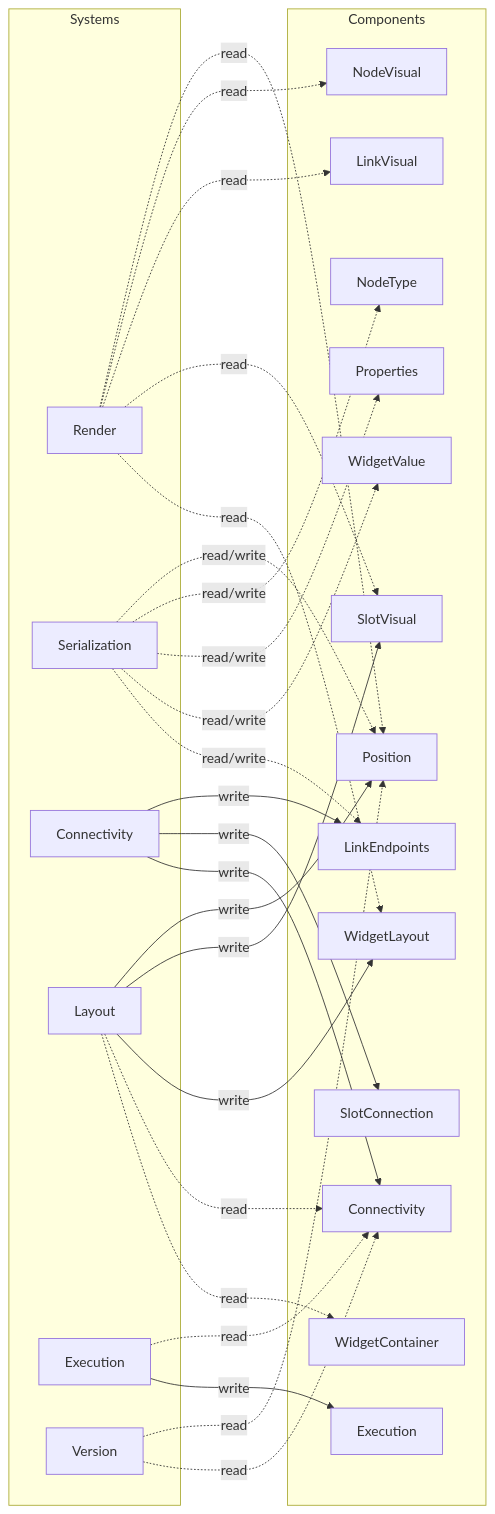
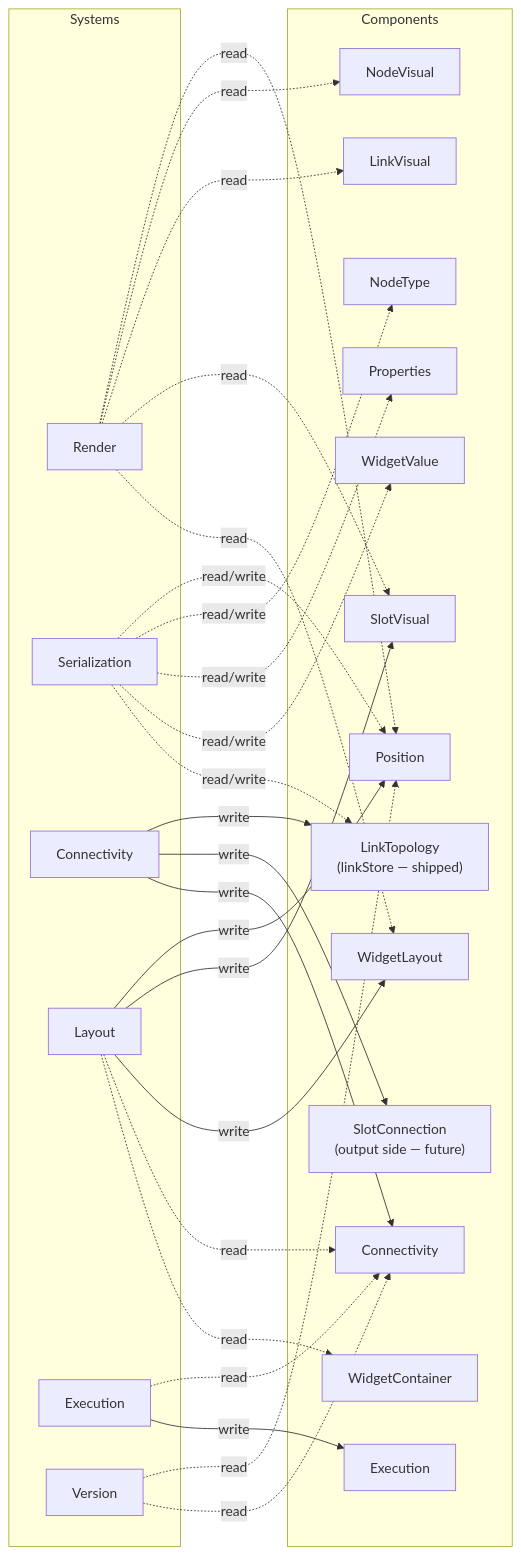
The seventh of 12 diagrams in docs/architecture/ecs-target-architecture.md (Comfy-Org/ComfyUI_frontend), drawn with Mermaid before and after one commit. The commit also changed other lines of this file and 9 other files, not shown here.

First line of the commit message:
docs: align ECS architecture records with shipped link/reroute stores

````diff
--- a/docs/architecture/ecs-target-architecture.md
+++ b/docs/architecture/ecs-target-architecture.md
@@ -296,55 +334,57 @@
 ```mermaid
 graph LR
     subgraph Systems
         RS["Render"]
         SS["Serialization"]
         CS["Connectivity"]
         LS["Layout"]
         ES["Execution"]
         VS["Version"]
     end
 
     subgraph Components
         Pos["Position"]
         NV["NodeVisual"]
         NT["NodeType"]
         Con["Connectivity"]
         Exe["Execution"]
         Props["Properties"]
         WC["WidgetContainer"]
-        LE["LinkEndpoints"]
+        LE["LinkTopology
+(linkStore — shipped)"]
         LV["LinkVisual"]
-        SC["SlotConnection"]
+        SC["SlotConnection
+(output side — future)"]
         SV["SlotVisual"]
         WVal["WidgetValue"]
         WL["WidgetLayout"]
     end
 
     RS -.->|read| Pos
     RS -.->|read| NV
     RS -.->|read| LV
     RS -.->|read| SV
     RS -.->|read| WL
 
     LS -->|write| Pos
     LS -->|write| SV
     LS -->|write| WL
     LS -.->|read| Con
     LS -.->|read| WC
 
     CS -->|write| LE
     CS -->|write| SC
     CS -->|write| Con
 
     ES -.->|read| Con
     ES -->|write| Exe
 
     SS -.->|read/write| Pos
     SS -.->|read/write| NT
     SS -.->|read/write| Props
     SS -.->|read/write| WVal
     SS -.->|read/write| LE
 
     VS -.->|read| Pos
     VS -.->|read| Con
 ```
````
